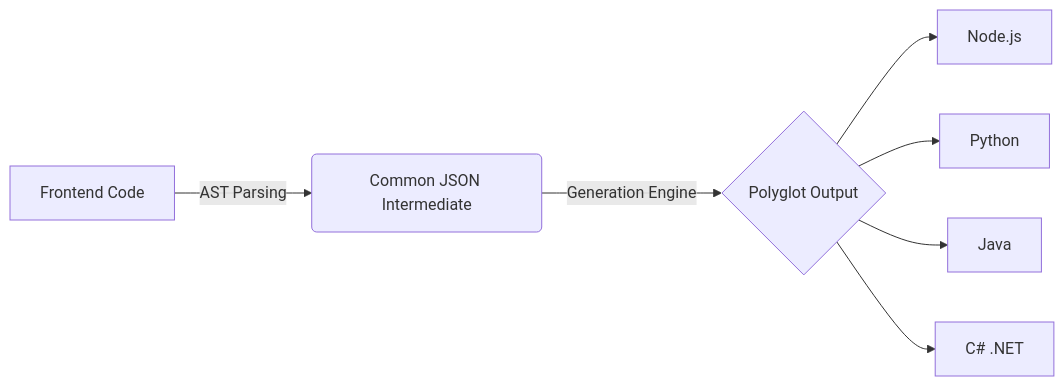
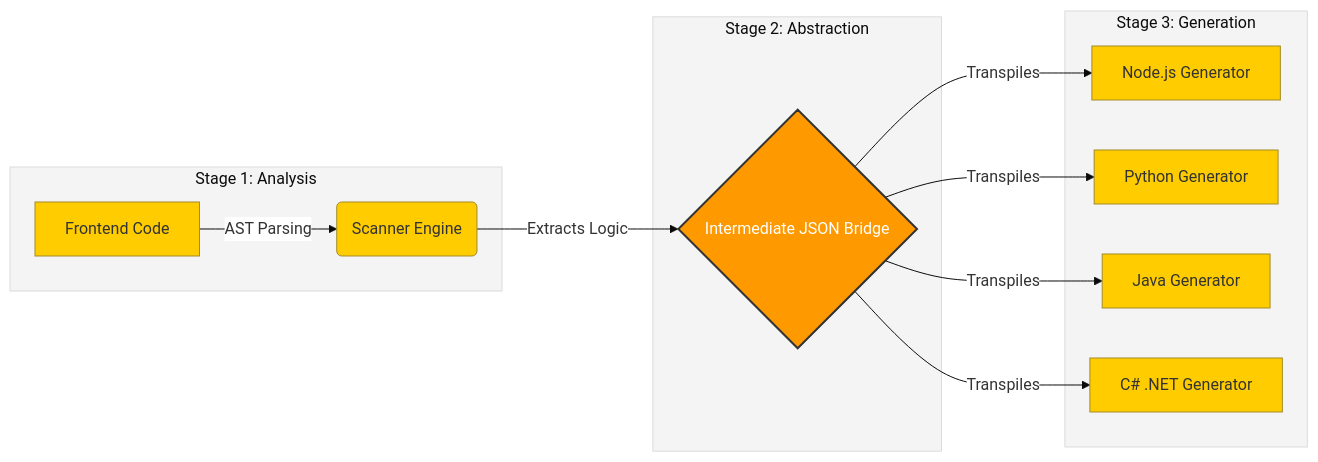
The diagram in README.md (WAH-ISHAN/backlist-npm), drawn with Mermaid before and after one commit. The commit also changed other lines of this file, not shown here.

````diff
--- a/README.md
+++ b/README.md
@@ -21,10 +21,18 @@
 ```mermaid
+%%{init: {'theme': 'base', 'themeVariables': { 'primaryColor': '#ffcc00', 'edgeLabelBackground':'#ffffff', 'tertiaryColor': '#f4f4f4'}}}%%
 graph LR
-A[Frontend Code] -- AST Parsing --> B(Common JSON Intermediate)
-B -- Generation Engine --> C{Polyglot Output}
-C --> D[Node.js]
-C --> E[Python]
-C --> F[Java]
-C --> G[C# .NET]
+    subgraph Input [Stage 1: Analysis]
+        A[Frontend Code] -->|AST Parsing| B(Scanner Engine)
+    end
+    subgraph Core [Stage 2: Abstraction]
+        B -->|Extracts Logic| C{Intermediate JSON Bridge}
+    end
+    subgraph Output [Stage 3: Generation]
+        C -->|Transpiles| D[Node.js Generator]
+        C -->|Transpiles| E[Python Generator]
+        C -->|Transpiles| F[Java Generator]
+        C -->|Transpiles| G[C# .NET Generator]
+    end
+    style C fill:#ff9900,stroke:#333,stroke-width:2px,color:white
 
 ```
````
